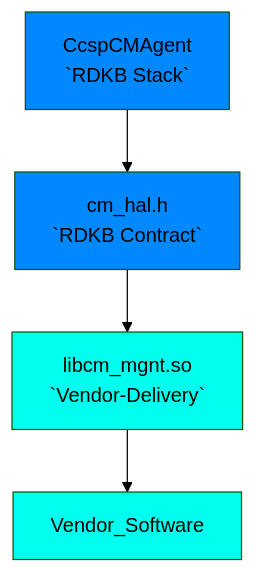
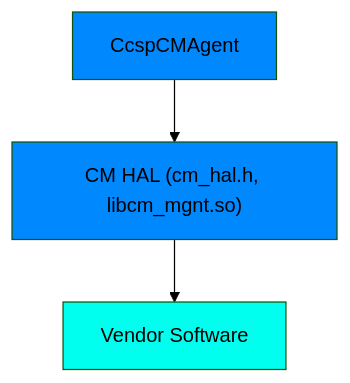
One commit to Blitzy-Sky/rdkb-halif-cm changed the first of 4 diagrams in docs/pages/halSpec.md. Above: the diagram before and after it, drawn with Mermaid (forest theme). The commit also changed other lines of this file, not shown here.

First line of the commit message:
docs: simplify the CM_HAL specification

````diff
--- a/docs/pages/halSpec.md
+++ b/docs/pages/halSpec.md
@@ -73,11 +56,8 @@
 ```mermaid
-
-flowchart   
-    stack["CcspCMAgent\n`RDKB Stack`"] --> contract["cm_hal.h\n`RDKB Contract`"];
-    contract --> vendor_library["libcm_mgnt.so\n`Vendor-Delivery`"];
-    vendor_library --> Vendor_Software;
-    style stack fill:#0088ff;
-    style contract fill:#0088ff;
-    style vendor_library fill:#00ffee;
-    style Vendor_Software fill:#00ffee;
+flowchart TD
+    caller["CcspCMAgent"] --> hal["CM HAL (cm_hal.h, libcm_mgnt.so)"];
+    hal --> vendor["Vendor Software"];
+    style caller fill:#0088ff;
+    style hal fill:#0088ff;
+    style vendor fill:#00ffee;
 ```
````
